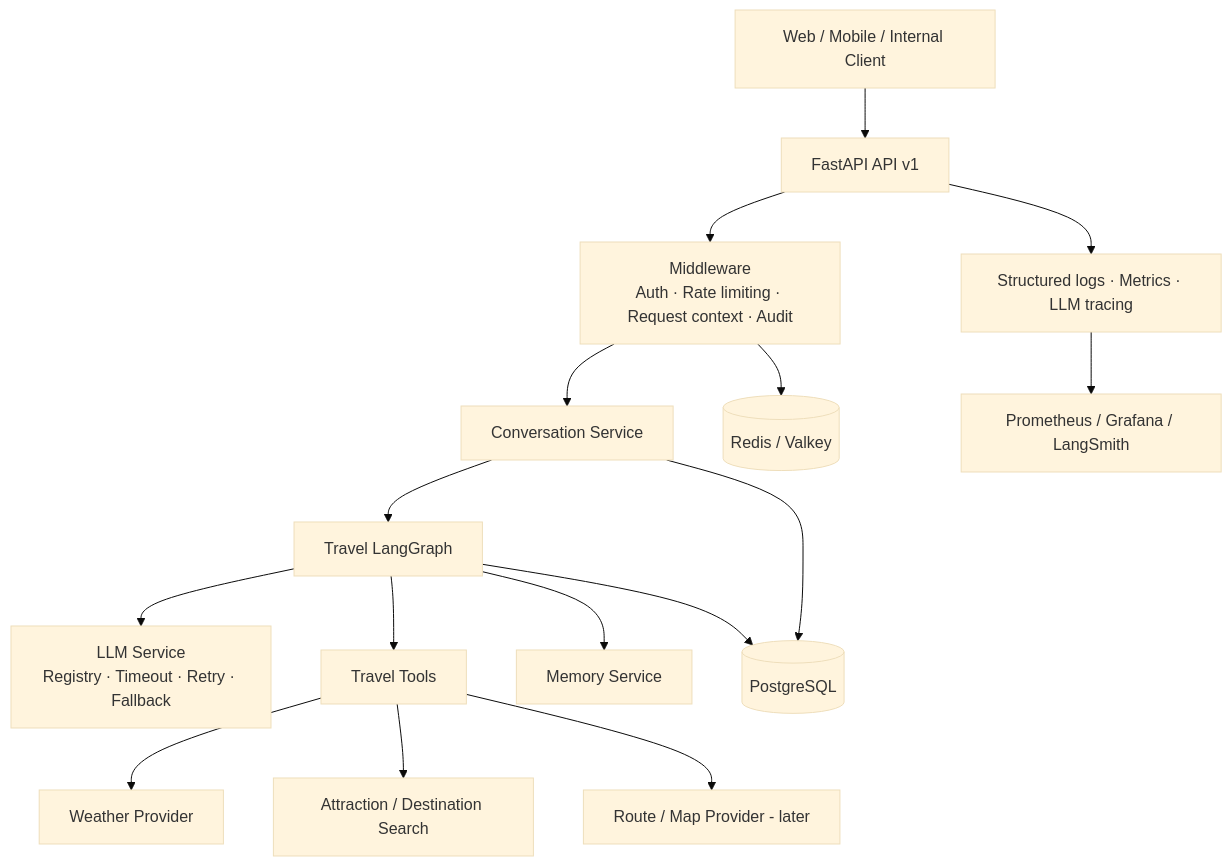
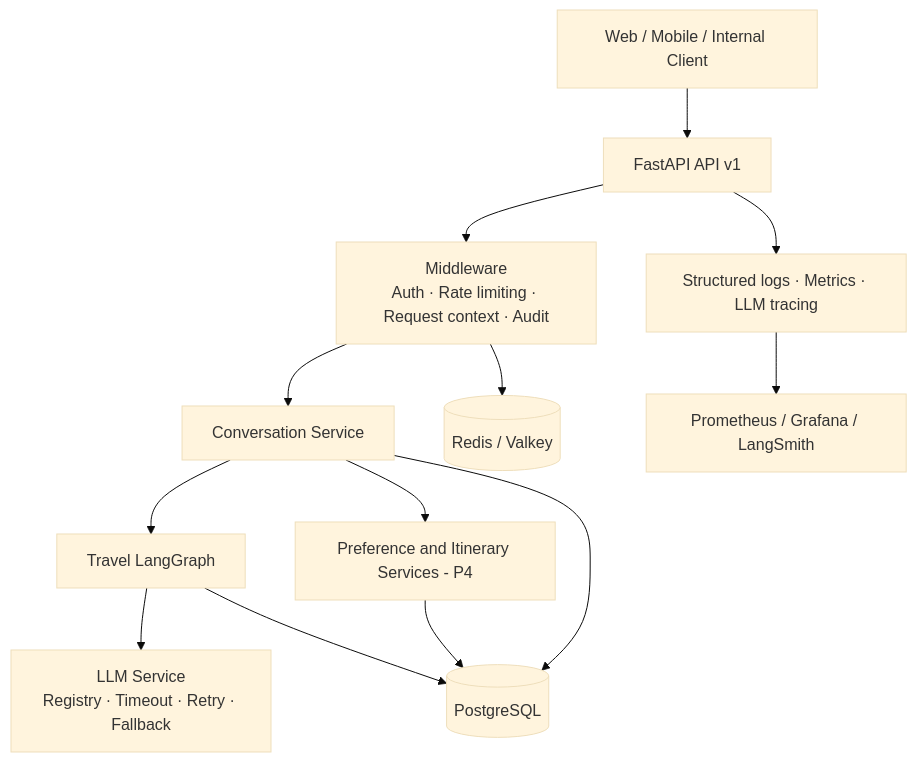
The first of 3 diagrams in docs/architecture-design.md (DOcrazyG/travel_assistant), drawn with Mermaid (base theme) before and after one commit. The commit also changed other lines of this file and 6 other files, not shown here.

````diff
--- a/docs/architecture-design.md
+++ b/docs/architecture-design.md
@@ -39,18 +39,15 @@
 ```mermaid
 flowchart TB
     Client[Web / Mobile / Internal Client] --> API[FastAPI API v1]
     API --> MW[Middleware\nAuth · Rate limiting · Request context · Audit]
     MW --> Chat[Conversation Service]
     Chat --> Graph[Travel LangGraph]
     Graph --> LLM[LLM Service\nRegistry · Timeout · Retry · Fallback]
-    Graph --> Tools[Travel Tools]
-    Tools --> Weather[Weather Provider]
-    Tools --> Search[Attraction / Destination Search]
-    Tools --> Maps[Route / Map Provider - later]
-    Graph --> Memory[Memory Service]
+    Chat --> Domain[Preference and Itinerary Services - P4]
     Chat --> DB[(PostgreSQL)]
+    Domain --> DB
     Graph --> DB
     MW --> Cache[(Redis / Valkey)]
     API --> Obs[Structured logs · Metrics · LLM tracing]
     Obs --> Monitor[Prometheus / Grafana / LangSmith]
 ```
````
